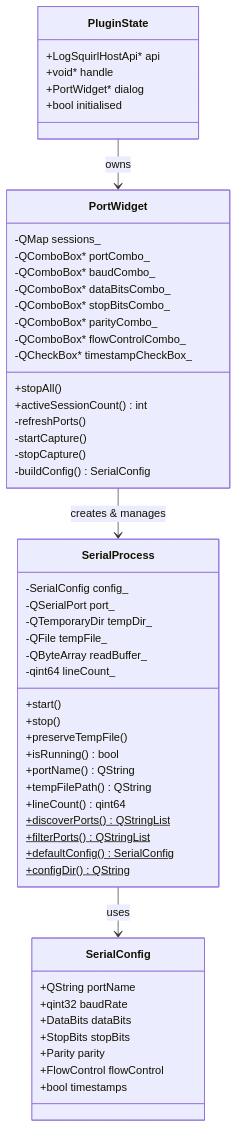
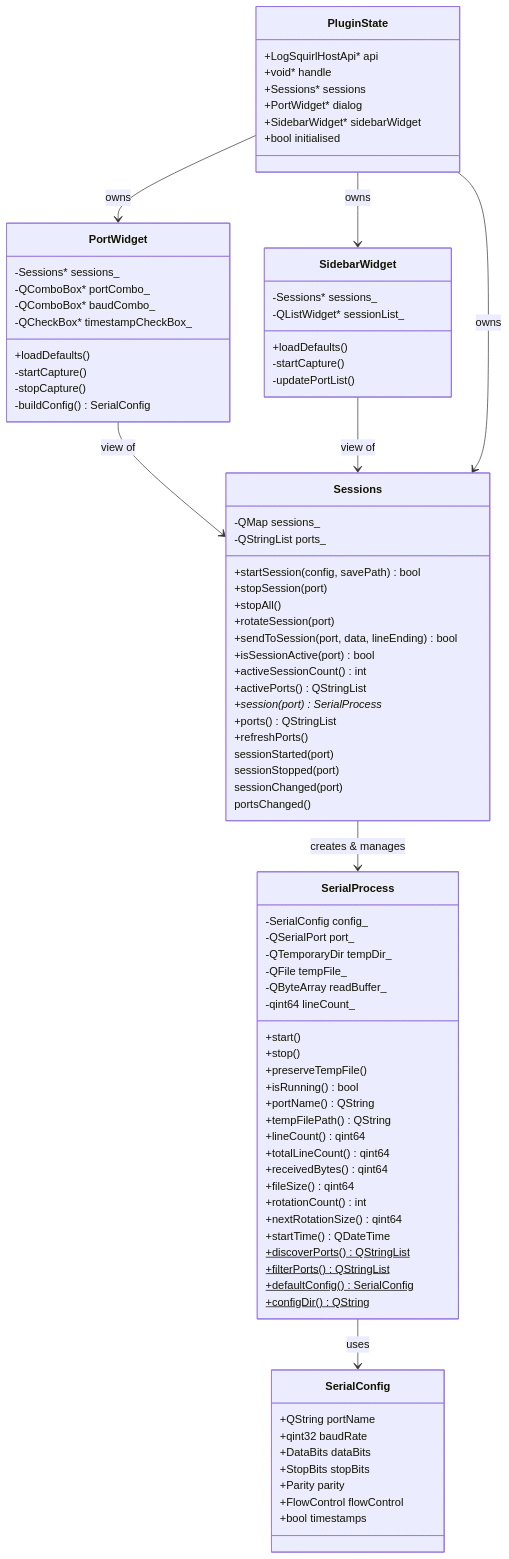
Before and after one commit to 64x-lunicorn/LogSquirl-Serial: the second of 2 diagrams in docs/DEVELOPER_GUIDE.md, drawn with Mermaid. The commit also changed other lines of this file and 19 other files, not shown here.

````diff
--- a/docs/DEVELOPER_GUIDE.md
+++ b/docs/DEVELOPER_GUIDE.md
@@ -63,7 +66,9 @@
     class PluginState {
         +LogSquirlHostApi* api
         +void* handle
+        +Sessions* sessions
         +PortWidget* dialog
+        +SidebarWidget* sidebarWidget
         +bool initialised
     }
 
@@ -91,30 +96,62 @@
         +portName() QString
         +tempFilePath() QString
         +lineCount() qint64
+        +totalLineCount() qint64
+        +receivedBytes() qint64
+        +fileSize() qint64
+        +rotationCount() int
+        +nextRotationSize() qint64
+        +startTime() QDateTime
         +discoverPorts()$ QStringList
         +filterPorts()$ QStringList
         +defaultConfig()$ SerialConfig
         +configDir()$ QString
     }
 
+    class Sessions {
+        -QMap sessions_
+        -QStringList ports_
+        +startSession(config, savePath) bool
+        +stopSession(port)
+        +stopAll()
+        +rotateSession(port)
+        +sendToSession(port, data, lineEnding) bool
+        +isSessionActive(port) bool
+        +activeSessionCount() int
+        +activePorts() QStringList
+        +session(port) SerialProcess*
+        +ports() QStringList
+        +refreshPorts()
+        sessionStarted(port)
+        sessionStopped(port)
+        sessionChanged(port)
+        portsChanged()
+    }
+
     class PortWidget {
-        -QMap sessions_
+        -Sessions* sessions_
         -QComboBox* portCombo_
         -QComboBox* baudCombo_
-        -QComboBox* dataBitsCombo_
-        -QComboBox* stopBitsCombo_
-        -QComboBox* parityCombo_
-        -QComboBox* flowControlCombo_
         -QCheckBox* timestampCheckBox_
-        +stopAll()
-        +activeSessionCount() int
-        -refreshPorts()
+        +loadDefaults()
         -startCapture()
         -stopCapture()
         -buildConfig() SerialConfig
     }
 
-    PortWidget --> SerialProcess : creates & manages
+    class SidebarWidget {
+        -Sessions* sessions_
+        -QListWidget* sessionList_
+        +loadDefaults()
+        -startCapture()
+        -updatePortList()
+    }
+
+    Sessions --> SerialProcess : creates & manages
+    PortWidget --> Sessions : view of
+    SidebarWidget --> Sessions : view of
     SerialProcess --> SerialConfig : uses
+    PluginState --> Sessions : owns
     PluginState --> PortWidget : owns
+    PluginState --> SidebarWidget : owns
 ```
````
